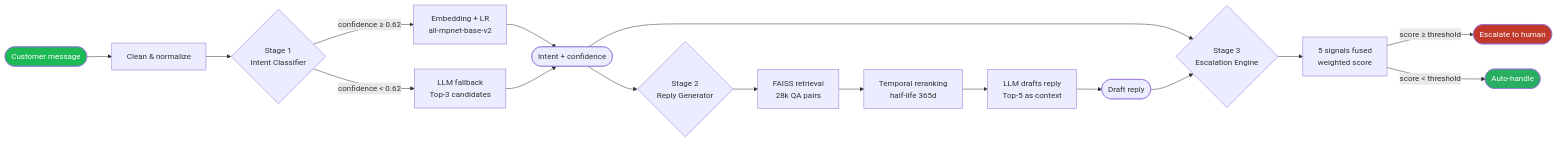
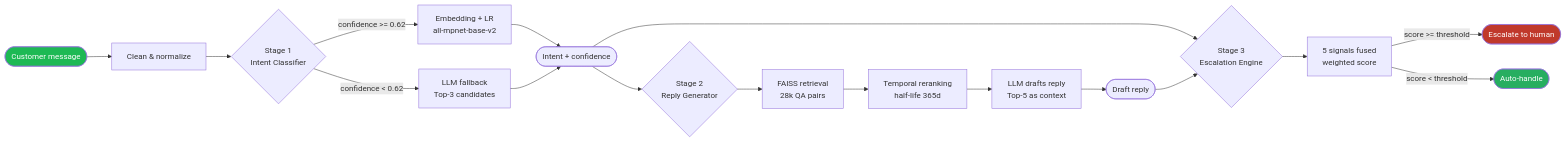
Before and after one commit to Aprameya05/hiver-spotify-agent: the diagram in README.md, drawn with Mermaid. The commit also changed other lines of this file and 9 other files, not shown here.

````diff
--- a/README.md
+++ b/README.md
@@ -13,26 +13,26 @@
 ```mermaid
 flowchart LR
     A([Customer message]) --> B[Clean & normalize]
     B --> C{Stage 1\nIntent Classifier}
 
-    C -->|confidence ≥ 0.62| D[Embedding + LR\nall-mpnet-base-v2]
+    C -->|confidence >= 0.62| D[Embedding + LR\nall-mpnet-base-v2]
     C -->|confidence < 0.62| E[LLM fallback\nTop-3 candidates]
     D --> F([Intent + confidence])
     E --> F
 
     F --> G{Stage 2\nReply Generator}
     G --> H[FAISS retrieval\n28k QA pairs]
     H --> I[Temporal reranking\nhalf-life 365d]
     I --> J[LLM drafts reply\nTop-5 as context]
     J --> K([Draft reply])
 
     F --> L{Stage 3\nEscalation Engine}
     K --> L
     L --> M[5 signals fused\nweighted score]
-    M -->|score ≥ threshold| N([Escalate to human])
+    M -->|score >= threshold| N([Escalate to human])
     M -->|score < threshold| O([Auto-handle])
 
     style A fill:#1DB954,color:#fff
     style N fill:#c0392b,color:#fff
     style O fill:#27ae60,color:#fff
 ```
````
